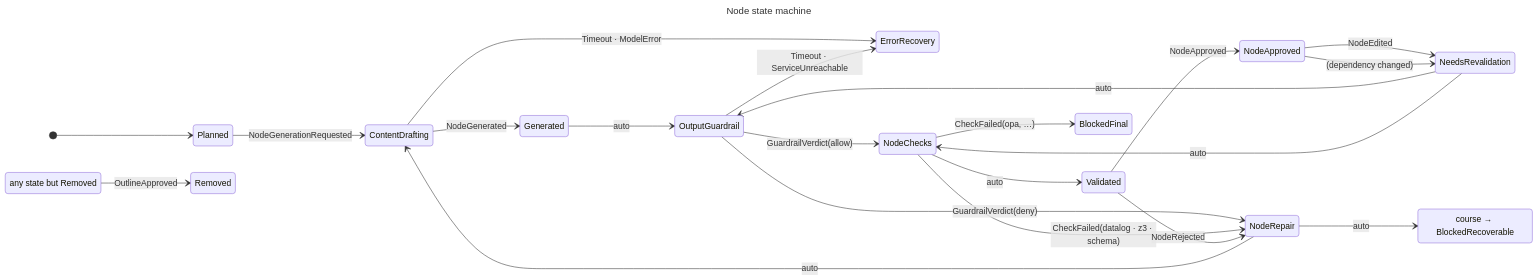
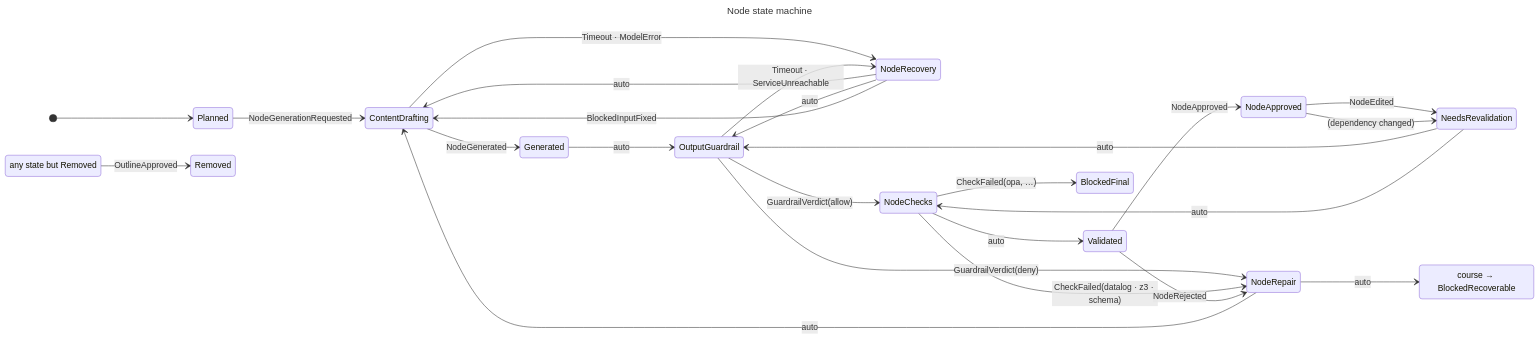
One commit to Magru/governed-ai-course-generator changed the second of 3 diagrams in model/diagrams.md. Above: the diagram before and after it, drawn with Mermaid. The commit also changed other lines of this file and 12 other files, not shown here.

````diff
--- a/model/diagrams.md
+++ b/model/diagrams.md
@@ -86,31 +86,34 @@
 ```mermaid
 ---
 title: Node state machine
 ---
 stateDiagram-v2
     direction LR
     state "any state but Removed" as XanystatebutRemoved
     state "course → BlockedRecoverable" as XcourseBlockedRecoverable
 
     [*] --> Planned
 
     Planned --> ContentDrafting : NodeGenerationRequested
     ContentDrafting --> Generated : NodeGenerated
-    ContentDrafting --> ErrorRecovery : Timeout · ModelError
+    ContentDrafting --> NodeRecovery : Timeout · ModelError
     Generated --> OutputGuardrail : auto
-    OutputGuardrail --> ErrorRecovery : Timeout · ServiceUnreachable
+    OutputGuardrail --> NodeRecovery : Timeout · ServiceUnreachable
+    NodeRecovery --> ContentDrafting : auto
+    NodeRecovery --> OutputGuardrail : auto
+    NodeRecovery --> ContentDrafting : BlockedInputFixed
     OutputGuardrail --> NodeChecks : GuardrailVerdict(allow)
     OutputGuardrail --> NodeRepair : GuardrailVerdict(deny)
     NodeChecks --> Validated : auto
     NodeChecks --> BlockedFinal : CheckFailed(opa, …)
     NodeChecks --> NodeRepair : CheckFailed(datalog · z3 · schema)
     NodeRepair --> ContentDrafting : auto
     NodeRepair --> XcourseBlockedRecoverable : auto
     Validated --> NodeApproved : NodeApproved
     Validated --> NodeRepair : NodeRejected
     NodeApproved --> NeedsRevalidation : NodeEdited
     NodeApproved --> NeedsRevalidation : (dependency changed)
     NeedsRevalidation --> OutputGuardrail : auto
     NeedsRevalidation --> NodeChecks : auto
     XanystatebutRemoved --> Removed : OutlineApproved
 ```
````
